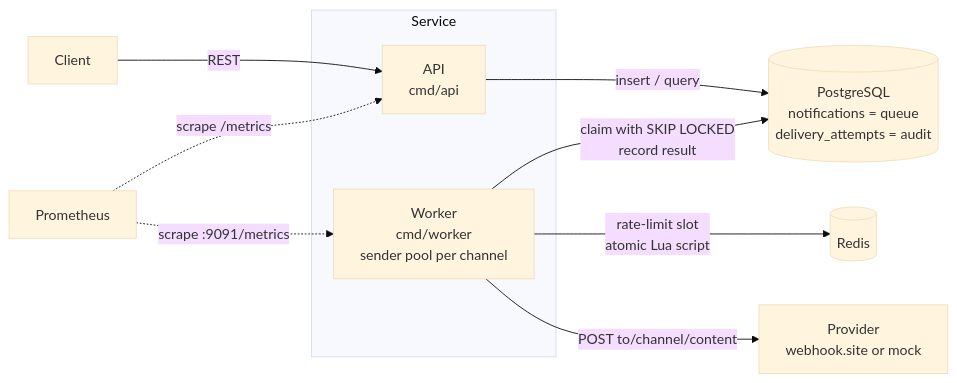
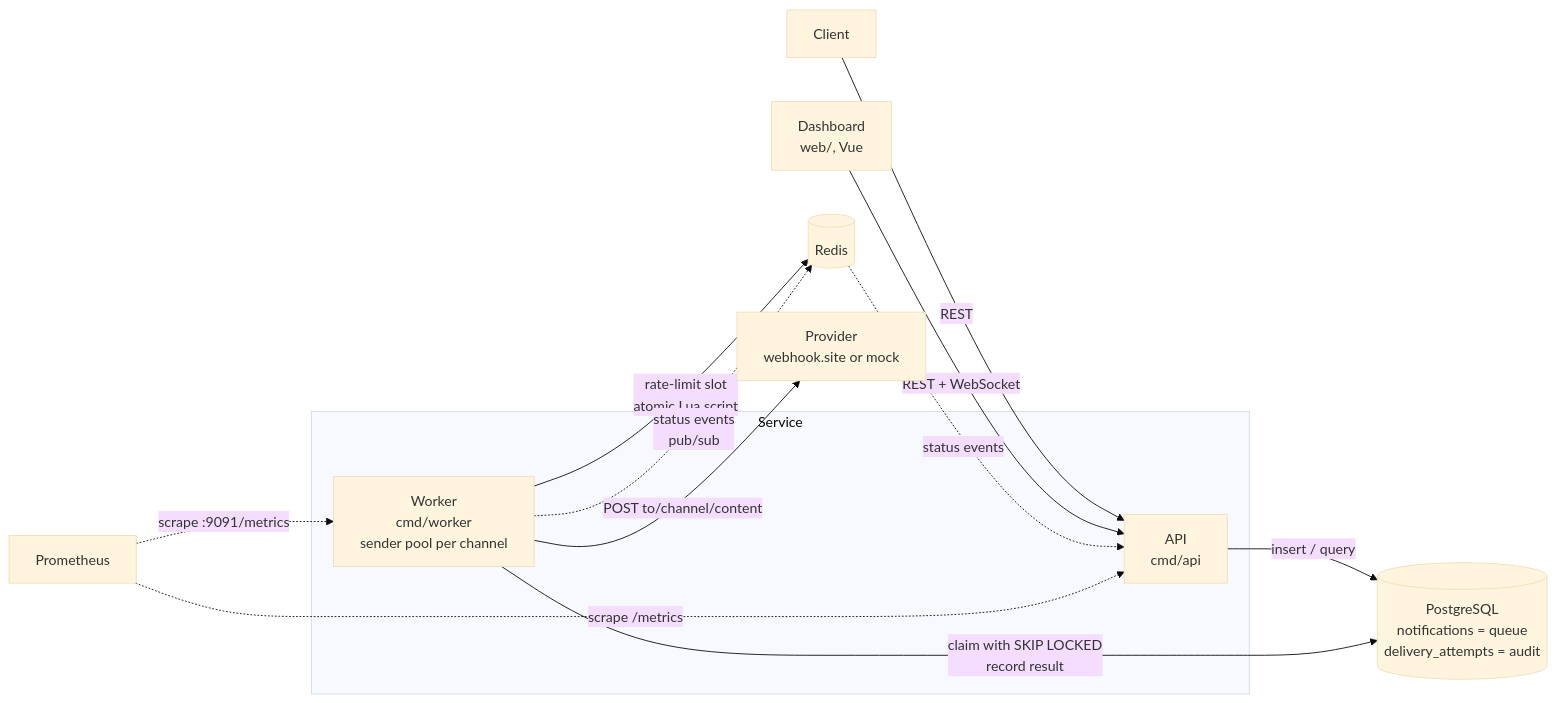
The diagram in README.md (semihbceylan/event-driven-notification-system), drawn with Mermaid (base theme) before and after one commit. The commit also changed other lines of this file, not shown here.

Commit message:
docs: document the dashboard and live status events

````diff
--- a/README.md
+++ b/README.md
@@ -138,14 +159,17 @@
 ```mermaid
 flowchart LR
     C[Client] -->|REST| API
     subgraph Service
         API[API<br/>cmd/api]
         W[Worker<br/>cmd/worker<br/>sender pool per channel]
     end
     API -->|insert / query| PG[(PostgreSQL<br/>notifications = queue<br/>delivery_attempts = audit)]
     W -->|claim with SKIP LOCKED<br/>record result| PG
     W -->|rate-limit slot<br/>atomic Lua script| R[(Redis)]
     W -->|POST to/channel/content| P[Provider<br/>webhook.site or mock]
+    D[Dashboard<br/>web/, Vue] -->|REST + WebSocket| API
+    W -.->|status events<br/>pub/sub| R
+    R -.->|status events| API
     PR[Prometheus] -.->|scrape /metrics| API
     PR -.->|scrape :9091/metrics| W
 ```
````
